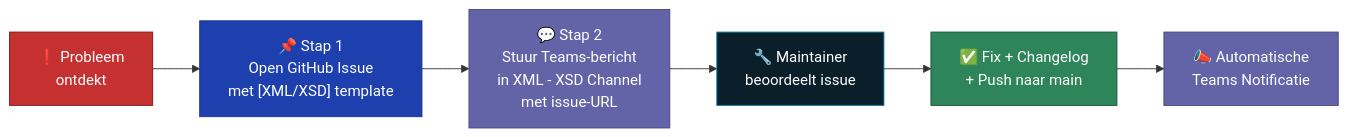
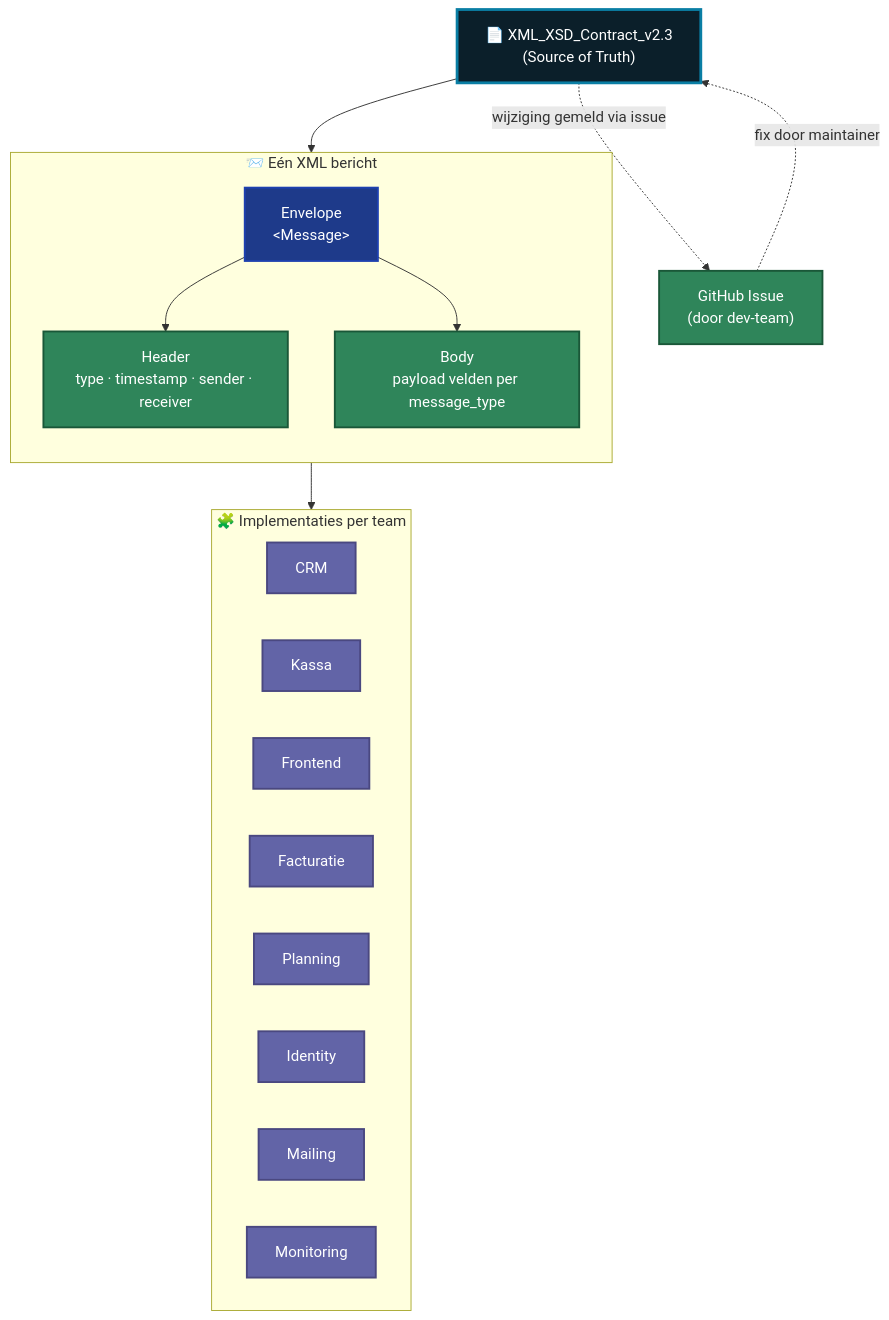
The third of 6 diagrams in README.md (IntegrationProject-Groep1/xml-xsd-contract), drawn with Mermaid before and after one commit. The commit also changed other lines of this file and 1 other file, not shown here.

First line of the commit message:
docs: restructure README so developers see issue flow and diagrams first

````diff
--- a/README.md
+++ b/README.md
@@ -277,15 +268,36 @@
 ```mermaid
-flowchart LR
-    A["❗ Probleem\nontdekt"] --> B["📌 Stap 1\nOpen GitHub Issue\nmet [XML/XSD] template"]
-    B --> C["💬 Stap 2\nStuur Teams-bericht\nin XML - XSD Channel\nmet issue-URL"]
-    C --> D["🔧 Maintainer\nbeoordeelt issue"]
-    D --> E["✅ Fix + Changelog\n+ Push naar main"]
-    E --> F["📣 Automatische\nTeams Notificatie"]
+flowchart TB
+    classDef truth   fill:#0b1f2a,color:#fff,stroke:#0a7ea4,stroke-width:3px;
+    classDef msg     fill:#1e3a8a,color:#fff,stroke:#1e40af,stroke-width:2px;
+    classDef field   fill:#2f855a,color:#fff,stroke:#1a5738,stroke-width:2px;
+    classDef teamcl  fill:#6264a7,color:#fff,stroke:#4a4880,stroke-width:2px;
 
-    style A fill:#c53030,color:#fff,stroke:#7f1d1d
-    style B fill:#1e40af,color:#fff,stroke:#1e3a8a
-    style C fill:#6264a7,color:#fff,stroke:#4a4880
-    style D fill:#0b1f2a,color:#fff,stroke:#0a7ea4
-    style E fill:#2f855a,color:#fff,stroke:#1a5738
-    style F fill:#6264a7,color:#fff,stroke:#4a4880
+    SOT["📄 XML_XSD_Contract_v2.3<br/>(Source of Truth)"]:::truth
+
+    subgraph BERICHT["📨 Eén XML bericht"]
+        direction TB
+        ENV["Envelope<br/>&lt;Message&gt;"]:::msg
+        HDR["Header<br/>type · timestamp · sender · receiver"]:::field
+        BODY["Body<br/>payload velden per message_type"]:::field
+        ENV --> HDR
+        ENV --> BODY
+    end
+
+    subgraph CONSUMERS["🧩 Implementaties per team"]
+        direction LR
+        CRM2["CRM"]:::teamcl
+        KAS2["Kassa"]:::teamcl
+        FE2["Frontend"]:::teamcl
+        FAC2["Facturatie"]:::teamcl
+        PL2["Planning"]:::teamcl
+        ID2["Identity"]:::teamcl
+        MAIL2["Mailing"]:::teamcl
+        MON2["Monitoring"]:::teamcl
+    end
+
+    SOT --> BERICHT
+    BERICHT --> CONSUMERS
+
+    SOT -. "wijziging gemeld via issue" .-> ISSUE["GitHub Issue<br/>(door dev-team)"]:::field
+    ISSUE -. "fix door maintainer" .-> SOT
 ```
````
